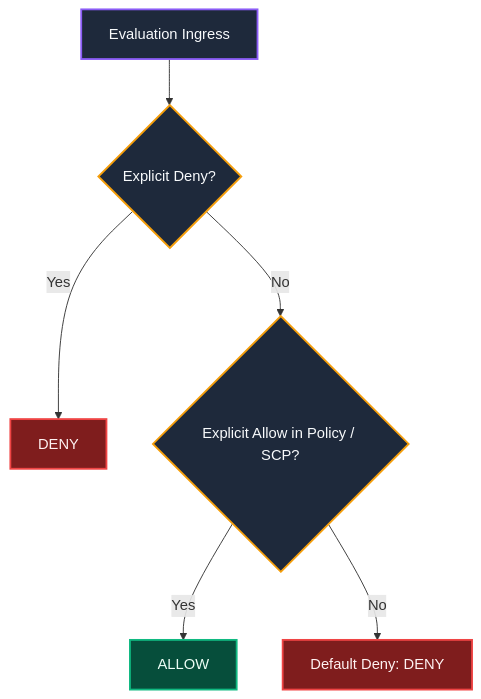
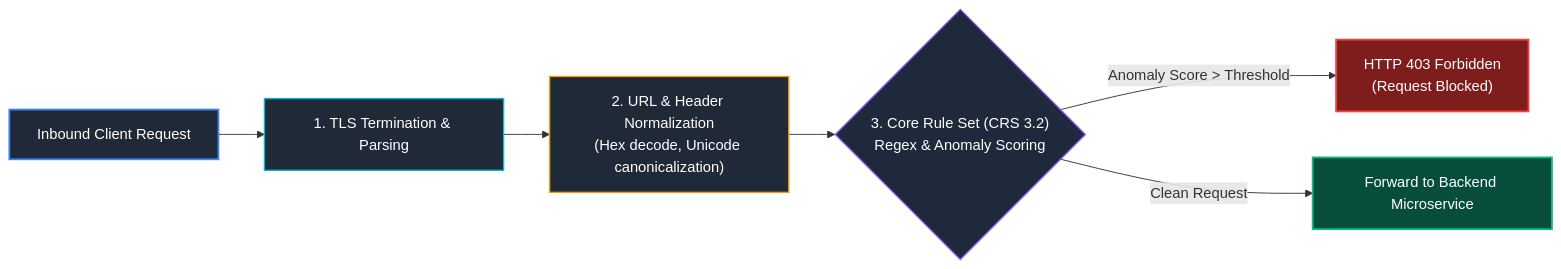
The seventh of 8 diagrams in Cloud Engineering/09_cloud_security_iam_and_devsecops.md (joydeep-biswas/Interview-Preparation), drawn with Mermaid before and after one commit. The commit also changed other lines of this file and 143 other files, not shown here.

````diff
--- a/Cloud Engineering/09_cloud_security_iam_and_devsecops.md
+++ b/Cloud Engineering/09_cloud_security_iam_and_devsecops.md
@@ -114,18 +498,15 @@
 ```mermaid
-flowchart TD
-    Start["Evaluation Ingress"] --> Q1{"Explicit Deny?"}
-    Q1 -- "Yes" --> Deny1["DENY"]
-    Q1 -- "No" --> Q2{"Explicit Allow in Policy / SCP?"}
-    Q2 -- "Yes" --> Allow["ALLOW"]
-    Q2 -- "No" --> Deny2["Default Deny: DENY"]
+flowchart LR
+    Client["Inbound Client Request"] --> TLS["1. TLS Termination & Parsing"]
+    TLS --> Norm["2. URL & Header Normalization<br/>(Hex decode, Unicode canonicalization)"]
+    Norm --> Rules{"3. Core Rule Set (CRS 3.2)<br/>Regex & Anomaly Scoring"}
+    Rules -->|"Anomaly Score > Threshold"| Block["HTTP 403 Forbidden<br/>(Request Blocked)"]
+    Rules -->|"Clean Request"| Origin["Forward to Backend Microservice"]
 
-    classDef startNode fill:#1e293b,stroke:#8b5cf6,stroke-width:2px,color:#f8fafc;
-    classDef decision fill:#1e293b,stroke:#f59e0b,stroke-width:2px,color:#f8fafc;
-    classDef allow fill:#064e3b,stroke:#10b981,stroke-width:2px,color:#ecfdf5;
-    classDef deny fill:#7f1d1d,stroke:#ef4444,stroke-width:2px,color:#fef2f2;
-
-    class Start startNode;
-    class Q1,Q2 decision;
-    class Allow allow;
-    class Deny1,Deny2 deny;
+    style Client fill:#1f2937,stroke:#3b82f6,stroke-width:2px,color:#fff
+    style TLS fill:#1f2937,stroke:#06b6d4,stroke-width:1.5px,color:#fff
+    style Norm fill:#1f2937,stroke:#f59e0b,stroke-width:1.5px,color:#fff
+    style Rules fill:#1e293b,stroke:#8b5cf6,stroke-width:1.5px,color:#fff
+    style Block fill:#7f1d1d,stroke:#ef4444,stroke-width:2px,color:#fff
+    style Origin fill:#064e3b,stroke:#10b981,stroke-width:2px,color:#fff
 ```
````
